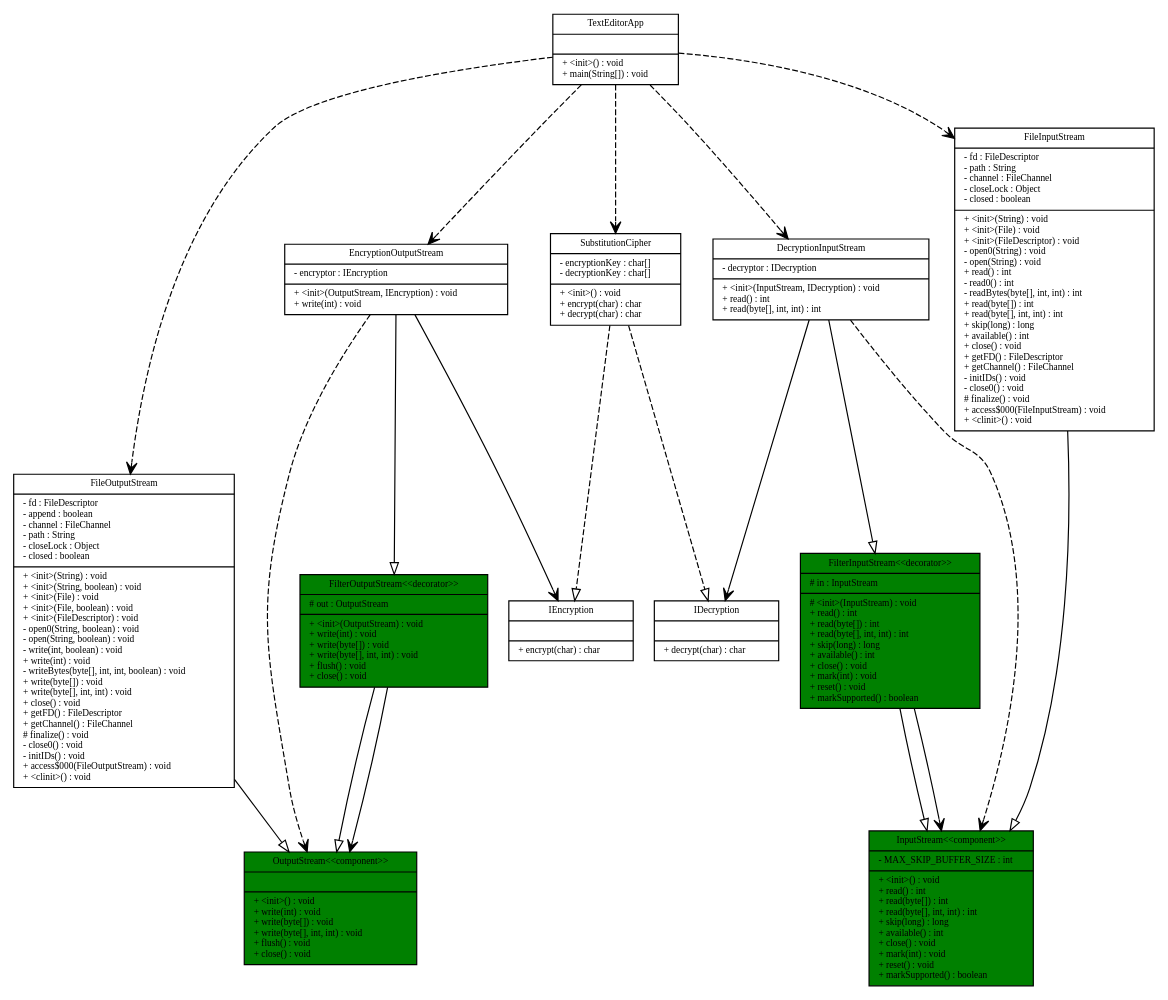
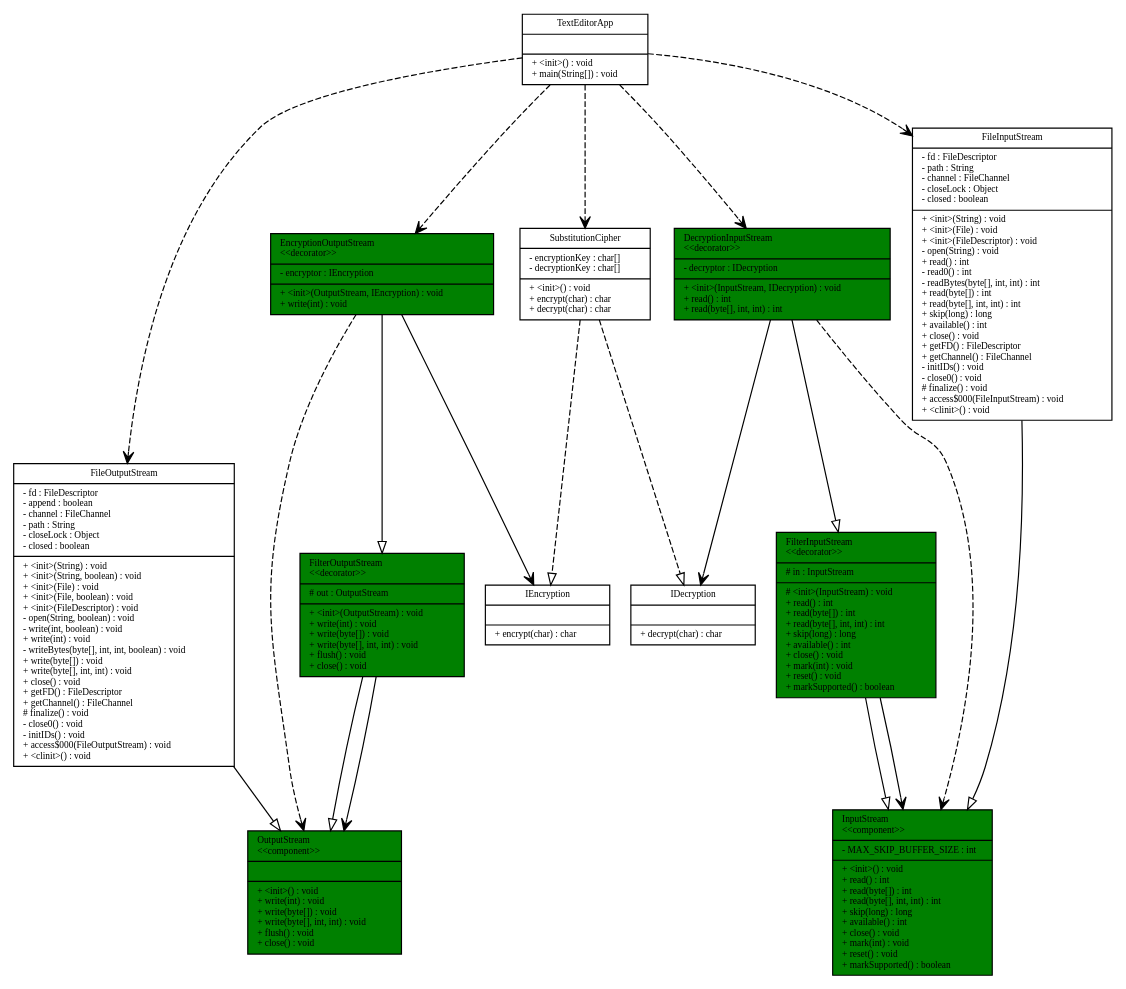
Before and after one commit to LoganErexson/CSSE374TeamProject: the diagram in input_output/Diagram.gv, drawn with Graphviz. The commit also changed 7 other files, not shown here.

Commit message:
Updated readme and tests. Also removed redundent cases from Decorator detector and added generated 2-1 uml.

```diff
--- a/input_output/Diagram.gv
+++ b/input_output/Diagram.gv
@@ -1,109 +1,103 @@
 digraph G {
 fontname = " Bitstream Vera San"
 fontsize =8
 node [
 style=filled
 fillcolor=white
 fontname = "Bitstream Vera Sans"
 fontsize =8
 shape = "record"]
 edge [
 fontname = "Bitstream Vera Sans"
 fontsize =8
 ]
 DecryptionInputStream [
+fillcolor = green
 label = "{DecryptionInputStream
-|- decryptor : IDecryption\l|+ \<init\>(InputStream, IDecryption) : void\l+ read() : int\l+ read(byte[], int, int) : int\l}"
+\l\<\<decorator\>\>\l|- decryptor : IDecryption\l|+ \<init\>(InputStream, IDecryption) : void\l+ read() : int\l+ read(byte[], int, int) : int\l}"
 ]
 EncryptionOutputStream [
+fillcolor = green
 label = "{EncryptionOutputStream
-|- encryptor : IEncryption\l|+ \<init\>(OutputStream, IEncryption) : void\l+ write(int) : void\l}"
+\l\<\<decorator\>\>\l|- encryptor : IEncryption\l|+ \<init\>(OutputStream, IEncryption) : void\l+ write(int) : void\l}"
 ]
 IDecryption [
 label = "{IDecryption
 ||+ decrypt(char) : char\l}"
 ]
 IEncryption [
 label = "{IEncryption
 ||+ encrypt(char) : char\l}"
 ]
 SubstitutionCipher [
 label = "{SubstitutionCipher
 |- encryptionKey : char[]\l- decryptionKey : char[]\l|+ \<init\>() : void\l+ encrypt(char) : char\l+ decrypt(char) : char\l}"
 ]
 TextEditorApp [
 label = "{TextEditorApp
 ||+ \<init\>() : void\l+ main(String[]) : void\l}"
 ]
 FilterInputStream [
 fillcolor = green
 label = "{FilterInputStream
-
-\<\<decorator\>\>
-|# in : InputStream\l|# \<init\>(InputStream) : void\l+ read() : int\l+ read(byte[]) : int\l+ read(byte[], int, int) : int\l+ skip(long) : long\l+ available() : int\l+ close() : void\l+ mark(int) : void\l+ reset() : void\l+ markSupported() : boolean\l}"
+\l\<\<decorator\>\>\l|# in : InputStream\l|# \<init\>(InputStream) : void\l+ read() : int\l+ read(byte[]) : int\l+ read(byte[], int, int) : int\l+ skip(long) : long\l+ available() : int\l+ close() : void\l+ mark(int) : void\l+ reset() : void\l+ markSupported() : boolean\l}"
 ]
 FilterOutputStream [
 fillcolor = green
 label = "{FilterOutputStream
-
-\<\<decorator\>\>
-|# out : OutputStream\l|+ \<init\>(OutputStream) : void\l+ write(int) : void\l+ write(byte[]) : void\l+ write(byte[], int, int) : void\l+ flush() : void\l+ close() : void\l}"
+\l\<\<decorator\>\>\l|# out : OutputStream\l|+ \<init\>(OutputStream) : void\l+ write(int) : void\l+ write(byte[]) : void\l+ write(byte[], int, int) : void\l+ flush() : void\l+ close() : void\l}"
 ]
 FileInputStream [
 label = "{FileInputStream
-|- fd : FileDescriptor\l- path : String\l- channel : FileChannel\l- closeLock : Object\l- closed : boolean\l|+ \<init\>(String) : void\l+ \<init\>(File) : void\l+ \<init\>(FileDescriptor) : void\l- open0(String) : void\l- open(String) : void\l+ read() : int\l- read0() : int\l- readBytes(byte[], int, int) : int\l+ read(byte[]) : int\l+ read(byte[], int, int) : int\l+ skip(long) : long\l+ available() : int\l+ close() : void\l+ getFD() : FileDescriptor\l+ getChannel() : FileChannel\l- initIDs() : void\l- close0() : void\l# finalize() : void\l+ access$000(FileInputStream) : void\l+ \<clinit\>() : void\l}"
+|- fd : FileDescriptor\l- path : String\l- channel : FileChannel\l- closeLock : Object\l- closed : boolean\l|+ \<init\>(String) : void\l+ \<init\>(File) : void\l+ \<init\>(FileDescriptor) : void\l- open(String) : void\l+ read() : int\l- read0() : int\l- readBytes(byte[], int, int) : int\l+ read(byte[]) : int\l+ read(byte[], int, int) : int\l+ skip(long) : long\l+ available() : int\l+ close() : void\l+ getFD() : FileDescriptor\l+ getChannel() : FileChannel\l- initIDs() : void\l- close0() : void\l# finalize() : void\l+ access$000(FileInputStream) : void\l+ \<clinit\>() : void\l}"
 ]
 FileOutputStream [
 label = "{FileOutputStream
-|- fd : FileDescriptor\l- append : boolean\l- channel : FileChannel\l- path : String\l- closeLock : Object\l- closed : boolean\l|+ \<init\>(String) : void\l+ \<init\>(String, boolean) : void\l+ \<init\>(File) : void\l+ \<init\>(File, boolean) : void\l+ \<init\>(FileDescriptor) : void\l- open0(String, boolean) : void\l- open(String, boolean) : void\l- write(int, boolean) : void\l+ write(int) : void\l- writeBytes(byte[], int, int, boolean) : void\l+ write(byte[]) : void\l+ write(byte[], int, int) : void\l+ close() : void\l+ getFD() : FileDescriptor\l+ getChannel() : FileChannel\l# finalize() : void\l- close0() : void\l- initIDs() : void\l+ access$000(FileOutputStream) : void\l+ \<clinit\>() : void\l}"
+|- fd : FileDescriptor\l- append : boolean\l- channel : FileChannel\l- path : String\l- closeLock : Object\l- closed : boolean\l|+ \<init\>(String) : void\l+ \<init\>(String, boolean) : void\l+ \<init\>(File) : void\l+ \<init\>(File, boolean) : void\l+ \<init\>(FileDescriptor) : void\l- open(String, boolean) : void\l- write(int, boolean) : void\l+ write(int) : void\l- writeBytes(byte[], int, int, boolean) : void\l+ write(byte[]) : void\l+ write(byte[], int, int) : void\l+ close() : void\l+ getFD() : FileDescriptor\l+ getChannel() : FileChannel\l# finalize() : void\l- close0() : void\l- initIDs() : void\l+ access$000(FileOutputStream) : void\l+ \<clinit\>() : void\l}"
 ]
 InputStream [
 fillcolor = green
 label = "{InputStream
-
-\<\<component\>\>
-|- MAX_SKIP_BUFFER_SIZE : int\l|+ \<init\>() : void\l+ read() : int\l+ read(byte[]) : int\l+ read(byte[], int, int) : int\l+ skip(long) : long\l+ available() : int\l+ close() : void\l+ mark(int) : void\l+ reset() : void\l+ markSupported() : boolean\l}"
+\l\<\<component\>\>\l|- MAX_SKIP_BUFFER_SIZE : int\l|+ \<init\>() : void\l+ read() : int\l+ read(byte[]) : int\l+ read(byte[], int, int) : int\l+ skip(long) : long\l+ available() : int\l+ close() : void\l+ mark(int) : void\l+ reset() : void\l+ markSupported() : boolean\l}"
 ]
 OutputStream [
 fillcolor = green
 label = "{OutputStream
-
-\<\<component\>\>
-||+ \<init\>() : void\l+ write(int) : void\l+ write(byte[]) : void\l+ write(byte[], int, int) : void\l+ flush() : void\l+ close() : void\l}"
+\l\<\<component\>\>\l||+ \<init\>() : void\l+ write(int) : void\l+ write(byte[]) : void\l+ write(byte[], int, int) : void\l+ flush() : void\l+ close() : void\l}"
 ]
 edge [
 arrowhead = "empty"
 style = "solid"
 ]
 FilterInputStream -> InputStream
 EncryptionOutputStream -> FilterOutputStream
 FileOutputStream -> OutputStream
 DecryptionInputStream -> FilterInputStream
 FilterOutputStream -> OutputStream
 FileInputStream -> InputStream
 edge [
 arrowhead = "vee"
 style = "solid"
 ]
 FilterInputStream -> InputStream
 EncryptionOutputStream -> IEncryption
 DecryptionInputStream -> IDecryption
 FilterOutputStream -> OutputStream
 edge [
 arrowhead = "empty"
 style = "dashed"
 ]
 SubstitutionCipher -> IEncryption
 SubstitutionCipher -> IDecryption
 edge [
 arrowhead = "vee"
 style = "dashed"
 ]
 EncryptionOutputStream -> OutputStream
 DecryptionInputStream -> InputStream
 TextEditorApp -> SubstitutionCipher
 TextEditorApp -> DecryptionInputStream
 TextEditorApp -> FileInputStream
 TextEditorApp -> EncryptionOutputStream
 TextEditorApp -> FileOutputStream
 }
```
